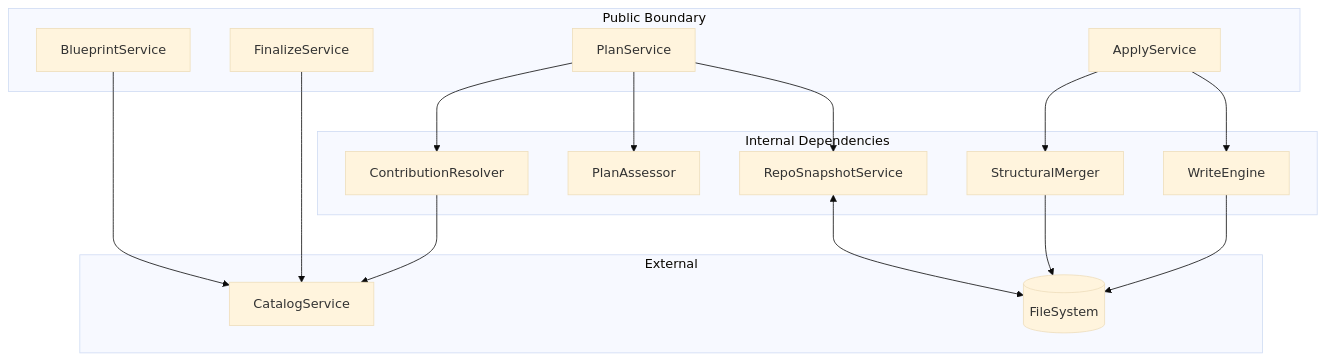
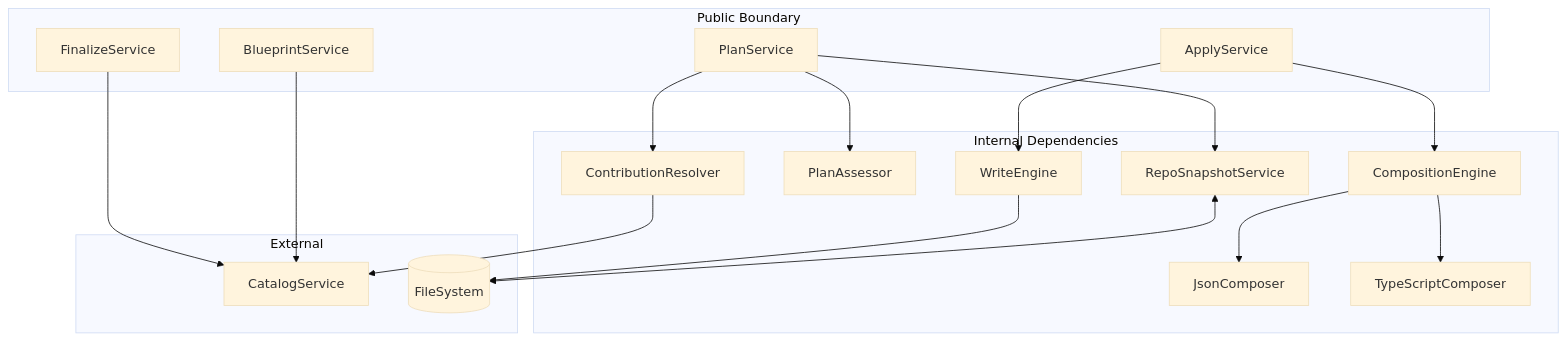
The second of 4 diagrams in docs/architecture/scaffold-architecture.md (lloydrichards/stack-effect), drawn with Mermaid (base theme) before and after one commit. The commit also changed other lines of this file and 3 other files, not shown here.

Commit message:
docs: update architecture and domain lexicon for CompositionOperations

````diff
--- a/docs/architecture/scaffold-architecture.md
+++ b/docs/architecture/scaffold-architecture.md
@@ -93,34 +97,37 @@
 ```mermaid
 flowchart TB
     subgraph Public Boundary
         BS[BlueprintService]
         PS[PlanService]
         AS[ApplyService]
         FS[FinalizeService]
     end
 
     subgraph Internal Dependencies
         CR[ContributionResolver]
         PA[PlanAssessor]
         RSS[RepoSnapshotService]
-        SM[StructuralMerger]
+        CE[CompositionEngine]
+        JC[JsonComposer]
+        TSC[TypeScriptComposer]
         WE[WriteEngine]
     end
 
     subgraph External
         CS[CatalogService]
         FileSystem[(FileSystem)]
     end
 
     BS --> CS
     FS --> CS
     CR --> CS
     PS --> CR
     PS --> PA
     PS --> RSS
     RSS <--> FileSystem
-    AS --> SM
+    AS --> CE
+    CE --> JC
+    CE --> TSC
     AS --> WE
-    SM --> FileSystem
     WE --> FileSystem
 ```
````
